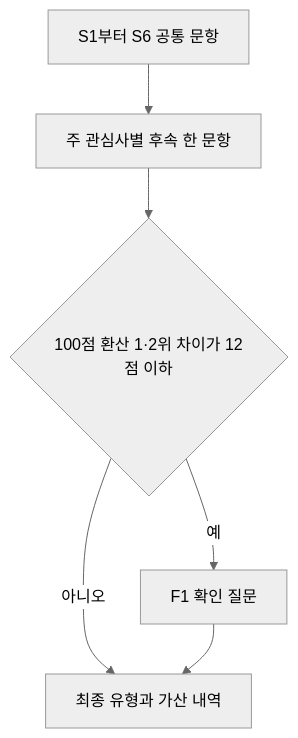
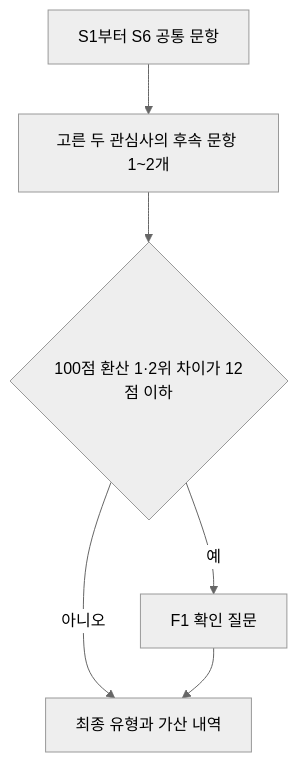
The diagram in survey/Tour_Navigator_Branching_Questionnaire.md (TourLabOrganization/Data-Analytics), drawn with Mermaid (neutral theme) before and after one commit. The commit also changed other lines of this file and 21 other files, not shown here.

````diff
--- a/survey/Tour_Navigator_Branching_Questionnaire.md
+++ b/survey/Tour_Navigator_Branching_Questionnaire.md
@@ -11,8 +11,8 @@
 ```mermaid
 flowchart TD
-  A["S1부터 S6 공통 문항"] --> B["주 관심사별 후속 한 문항"]
+  A["S1부터 S6 공통 문항"] --> B["고른 두 관심사의 후속 문항 1~2개"]
   B --> C{"100점 환산 1·2위 차이가 12점 이하"}
   C -->|예| D["F1 확인 질문"]
   C -->|아니오| E["최종 유형과 가산 내역"]
   D --> E
 ```
````
